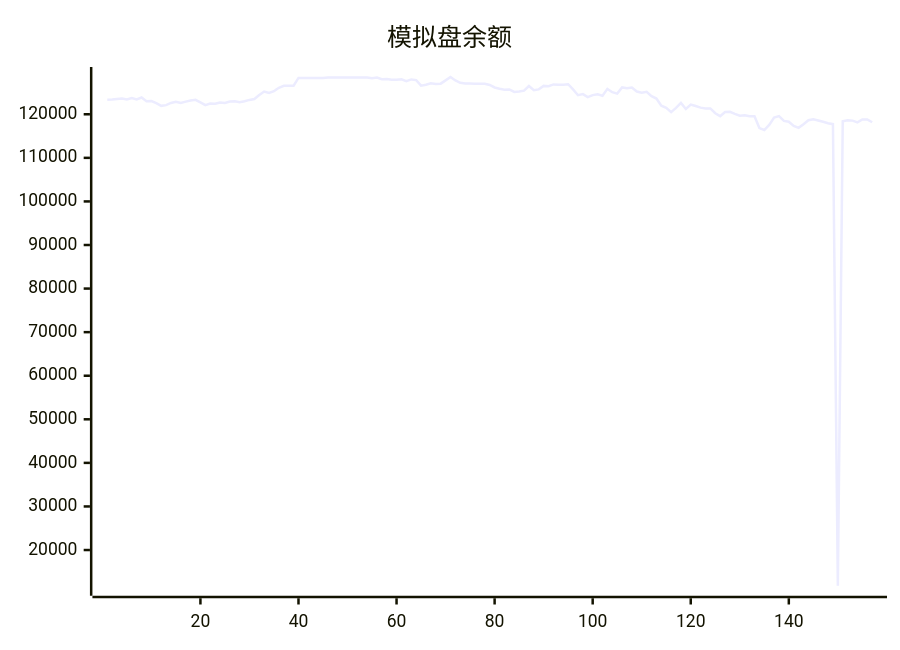
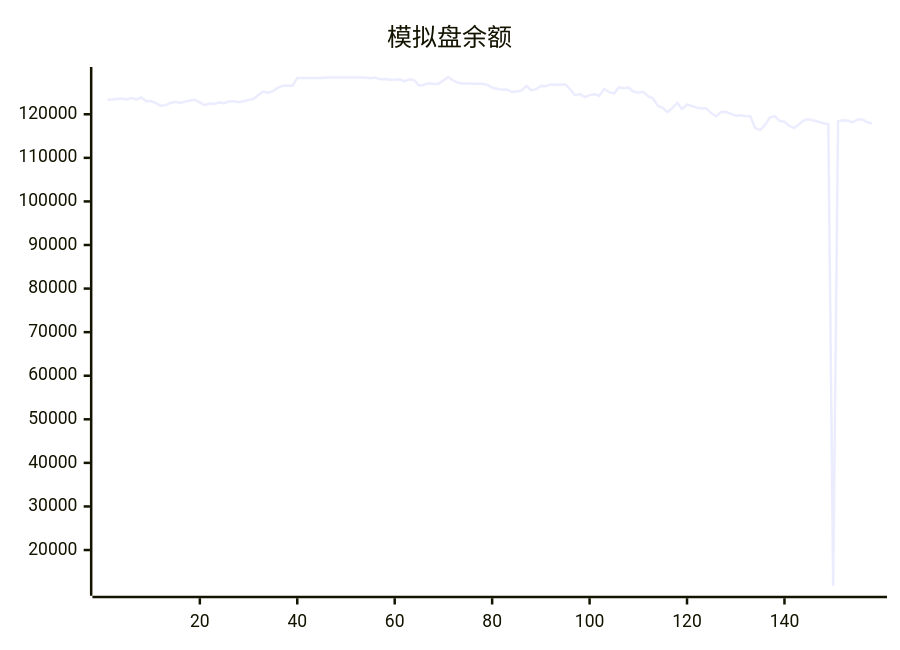
Before and after one commit to aahl/ai-trading: the diagram in README.md, drawn with Mermaid. The commit also changed other lines of this file and 1 other file, not shown here.

````diff
--- a/README.md
+++ b/README.md
@@ -5,5 +5,5 @@
 ```mermaid
 xychart
     title "模拟盘余额"
-    line [123338,123402,123530,123592,123378,123745,123413,123853,123009,123040,122557,121938,122095,122599,122856,122597,122898,123160,123319,122719,122087,122454,122416,122685,122592,122907,122961,122776,122981,123295,123507,124403,125224,124894,125303,126088,126544,126534,126549,128335,128318,128318,128318,128318,128318,128424,128424,128424,128424,128424,128424,128424,128424,128424,128247,128412,128062,128087,127917,127901,128026,127611,128000,127850,126572,126770,127100,126971,127029,127783,128554,127765,127224,127064,127044,127009,127025,127004,126738,126152,125871,125635,125707,125117,125217,125420,126480,125545,125715,126511,126424,126856,126764,126788,126890,125710,124381,124632,123936,124402,124574,124256,125833,125070,124739,126154,125966,126145,125213,124943,125143,124157,123604,121959,121476,120476,121470,122610,121201,122221,121889,121522,121332,121344,120232,119559,120513,120577,120108,119680,119777,119572,119568,116839,116392,117573,119250,119585,118469,118277,117338,116897,117706,118628,118849,118579,118280,117926,117735,11802,118373,118639,118544,118136,118798,118819,118162]
+    line [123338,123402,123530,123592,123378,123745,123413,123853,123009,123040,122557,121938,122095,122599,122856,122597,122898,123160,123319,122719,122087,122454,122416,122685,122592,122907,122961,122776,122981,123295,123507,124403,125224,124894,125303,126088,126544,126534,126549,128335,128318,128318,128318,128318,128318,128424,128424,128424,128424,128424,128424,128424,128424,128424,128247,128412,128062,128087,127917,127901,128026,127611,128000,127850,126572,126770,127100,126971,127029,127783,128554,127765,127224,127064,127044,127009,127025,127004,126738,126152,125871,125635,125707,125117,125217,125420,126480,125545,125715,126511,126424,126856,126764,126788,126890,125710,124381,124632,123936,124402,124574,124256,125833,125070,124739,126154,125966,126145,125213,124943,125143,124157,123604,121959,121476,120476,121470,122610,121201,122221,121889,121522,121332,121344,120232,119559,120513,120577,120108,119680,119777,119572,119568,116839,116392,117573,119250,119585,118469,118277,117338,116897,117706,118628,118849,118579,118280,117926,117735,11802,118373,118639,118544,118136,118798,118819,118162,117874]
 ```
````
